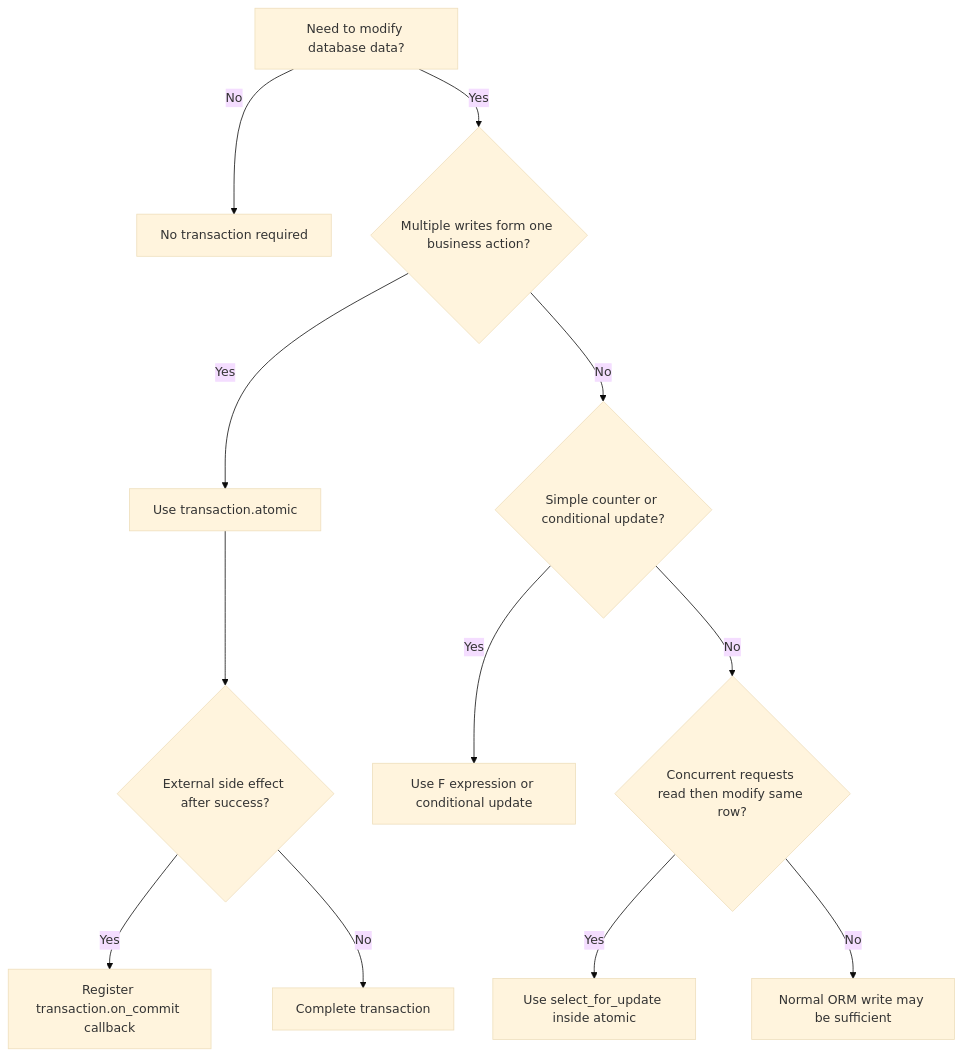
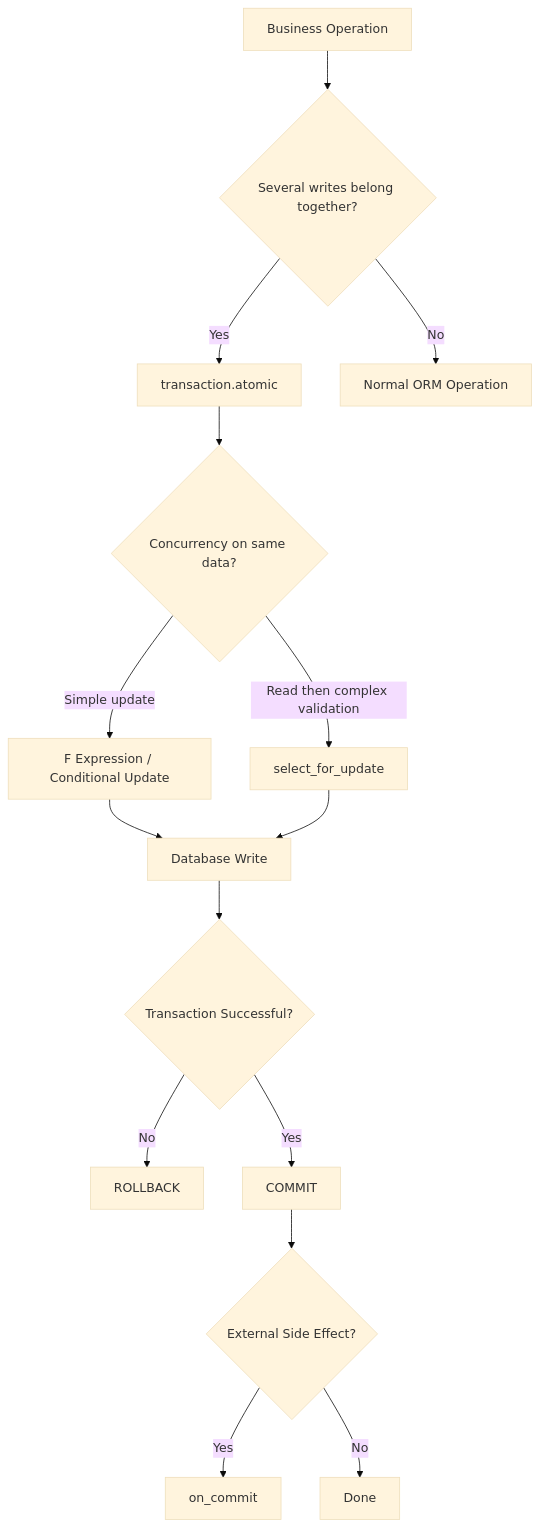
One commit to AvadhBhalodiya/Interview-Preparation changed the eighth of 8 diagrams in src/content/django/transactions-atomic.md. Above: the diagram before and after it, drawn with Mermaid (base theme). The commit also changed other lines of this file and 80 other files, not shown here.

````diff
--- a/src/content/django/transactions-atomic.md
+++ b/src/content/django/transactions-atomic.md
@@ -1513,14 +1155,25 @@
 ```mermaid
 flowchart TD
-    A[Need to modify database data?] -->|No| B[No transaction required]
-    A -->|Yes| C{Multiple writes form one business action?}
-    C -->|Yes| D[Use transaction.atomic]
-    C -->|No| E{Simple counter or conditional update?}
-    E -->|Yes| F[Use F expression or conditional update]
-    E -->|No| G{Concurrent requests read then modify same row?}
-    G -->|Yes| H[Use select_for_update inside atomic]
-    G -->|No| I[Normal ORM write may be sufficient]
-    D --> J{External side effect after success?}
-    J -->|Yes| K[Register transaction.on_commit callback]
-    J -->|No| L[Complete transaction]
+    A[Business Operation] --> B{Several writes belong together?}
+
+    B -->|Yes| C[transaction.atomic]
+    B -->|No| D[Normal ORM Operation]
+
+    C --> E{Concurrency on same data?}
+
+    E -->|Simple update| F[F Expression / Conditional Update]
+    E -->|Read then complex validation| G[select_for_update]
+
+    F --> H[Database Write]
+    G --> H
+
+    H --> I{Transaction Successful?}
+
+    I -->|No| J[ROLLBACK]
+    I -->|Yes| K[COMMIT]
+
+    K --> L{External Side Effect?}
+
+    L -->|Yes| M[on_commit]
+    L -->|No| N[Done]
 ```
````
